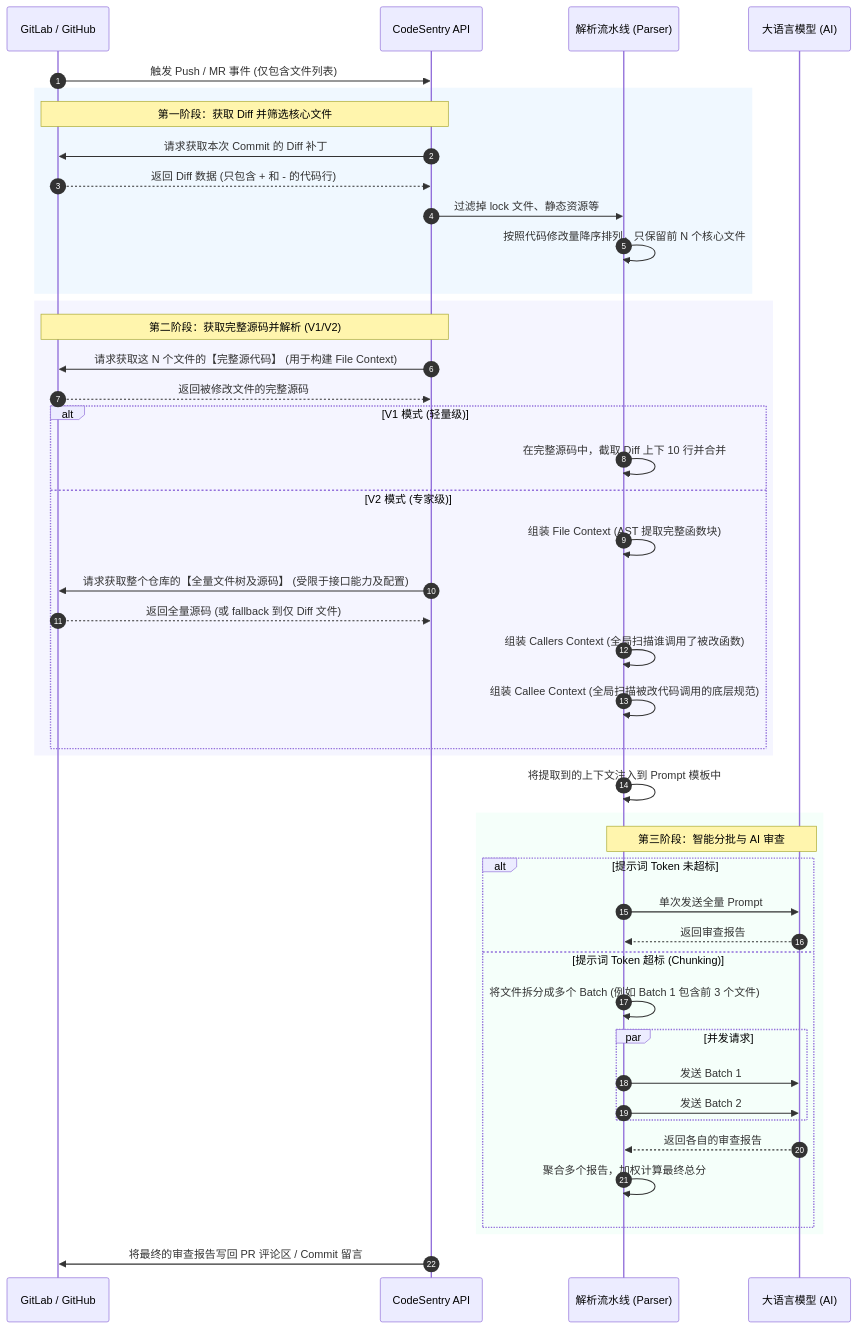
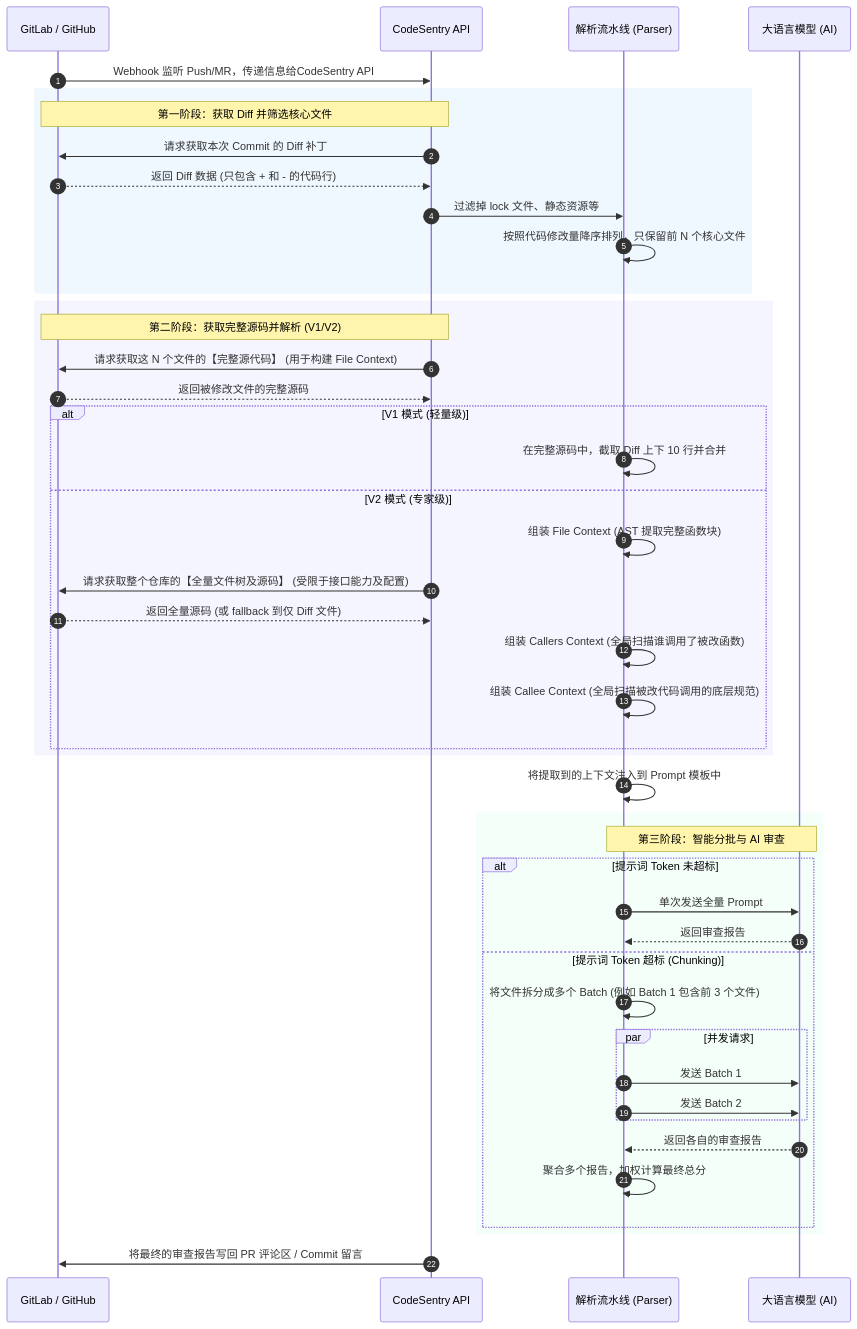
Before and after one commit to Li71226006/code_review: the diagram in README.md, drawn with Mermaid. The commit also changed other lines of this file, not shown here.

````diff
--- a/README.md
+++ b/README.md
@@ -28,54 +26,54 @@
 ```mermaid
 sequenceDiagram
     autonumber
     participant Git as GitLab / GitHub
     participant Webhook as CodeSentry API
     participant Parser as 解析流水线 (Parser)
     participant LLM as 大语言模型 (AI)
 
-    Git->>Webhook: 触发 Push / MR 事件 (仅包含文件列表)
+    Git->>Webhook: Webhook 监听 Push/MR，传递信息给CodeSentry API
     
     rect rgb(240, 248, 255)
         Note over Webhook, Git: 第一阶段：获取 Diff 并筛选核心文件
         Webhook->>Git: 请求获取本次 Commit 的 Diff 补丁
         Git-->>Webhook: 返回 Diff 数据 (只包含 + 和 - 的代码行)
         Webhook->>Parser: 过滤掉 lock 文件、静态资源等
         Parser->>Parser: 按照代码修改量降序排列，只保留前 N 个核心文件
     end
 
     rect rgb(245, 245, 255)
         Note over Webhook, Git: 第二阶段：获取完整源码并解析 (V1/V2)
         Webhook->>Git: 请求获取这 N 个文件的【完整源代码】 (用于构建 File Context)
         Git-->>Webhook: 返回被修改文件的完整源码
         
         alt V1 模式 (轻量级)
             Parser->>Parser: 在完整源码中，截取 Diff 上下 10 行并合并
         else V2 模式 (专家级)
             Parser->>Parser: 组装 File Context (AST 提取完整函数块)
             Webhook->>Git: 请求获取整个仓库的【全量文件树及源码】 (受限于接口能力及配置)
             Git-->>Webhook: 返回全量源码 (或 fallback 到仅 Diff 文件)
             Parser->>Parser: 组装 Callers Context (全局扫描谁调用了被改函数)
             Parser->>Parser: 组装 Callee Context (全局扫描被改代码调用的底层规范)
         end
     end
 
     Parser->>Parser: 将提取到的上下文注入到 Prompt 模板中
 
     rect rgb(245, 255, 250)
         Note over Parser, LLM: 第三阶段：智能分批与 AI 审查
         alt 提示词 Token 未超标
             Parser->>LLM: 单次发送全量 Prompt
             LLM-->>Parser: 返回审查报告
         else 提示词 Token 超标 (Chunking)
             Parser->>Parser: 将文件拆分成多个 Batch (例如 Batch 1 包含前 3 个文件)
             par 并发请求
                 Parser->>LLM: 发送 Batch 1
                 Parser->>LLM: 发送 Batch 2
             end
             LLM-->>Parser: 返回各自的审查报告
             Parser->>Parser: 聚合多个报告，加权计算最终总分
         end
     end
 
     Webhook->>Git: 将最终的审查报告写回 PR 评论区 / Commit 留言
 ```
````
